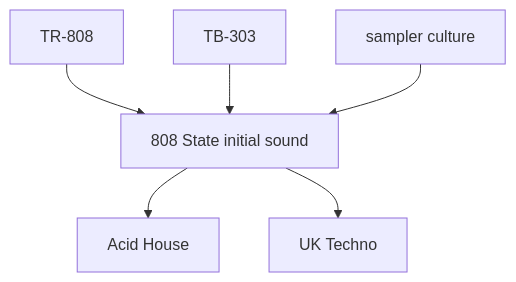
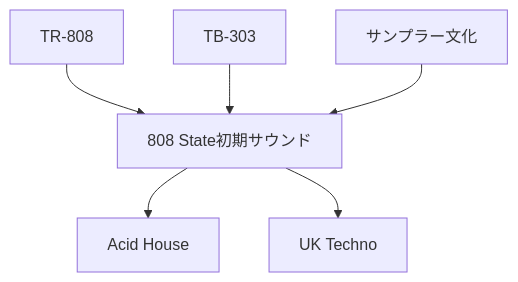
One commit to monumental-movement/monumental-movement.github.io changed the third of 17 diagrams in en/_posts/2026-05-24-column-808-state.md. Above: the diagram before and after it, drawn with Mermaid. The commit also changed other lines of this file and 2196 other files, not shown here.

```diff
--- a/en/_posts/2026-05-24-column-808-state.md
+++ b/en/_posts/2026-05-24-column-808-state.md
@@ -127,8 +126,8 @@
 <div class="mermaid">
 flowchart TD
-A[TR-808] --> D[808 State initial sound]
+A[TR-808] --> D[808 State初期サウンド]
 B[TB-303] --> D
-C[sampler culture] --> D
+C[サンプラー文化] --> D
 D --> E[Acid House]
 D --> F[UK Techno]
 </div>
```
